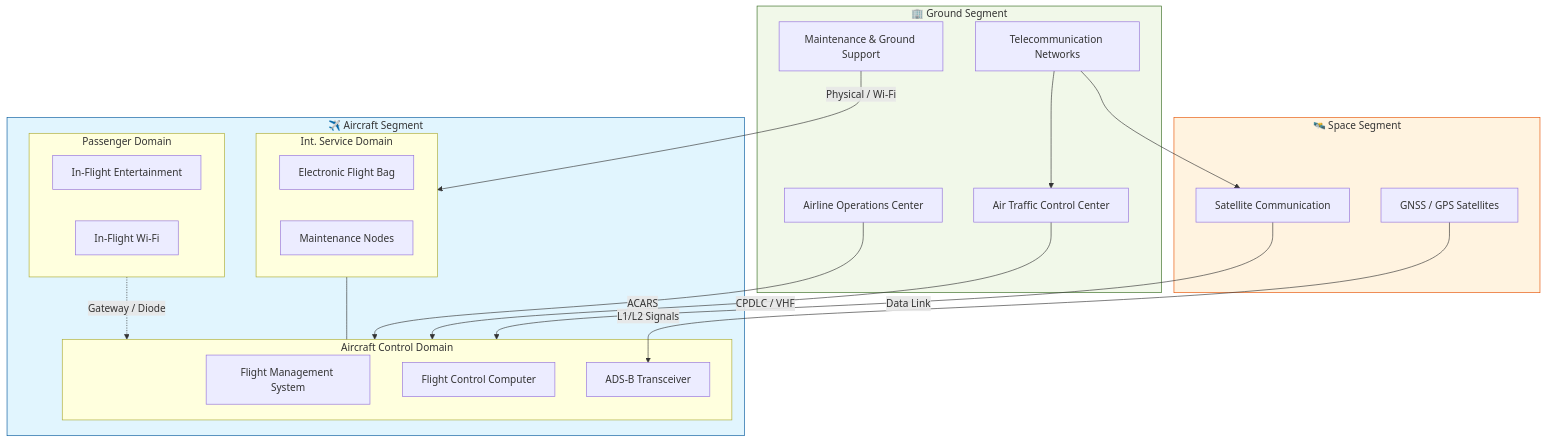
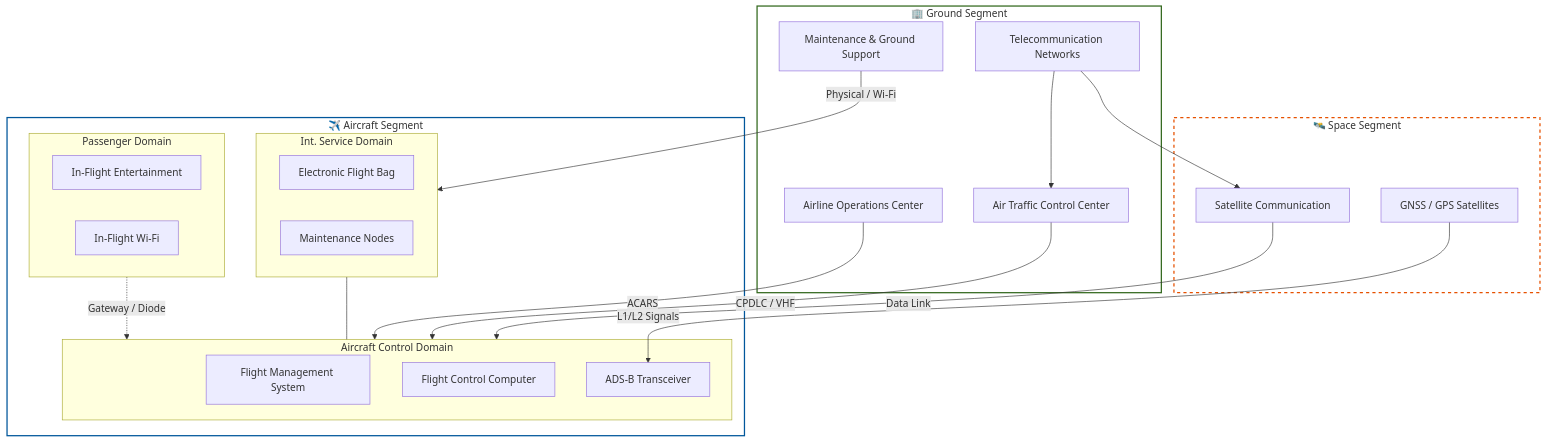
One commit to Faizan-Khanx/AeroSpaceHacking changed the third of 8 diagrams in README.md. Above: the diagram before and after it, drawn with Mermaid. The commit also changed other lines of this file, not shown here.

````diff
--- a/README.md
+++ b/README.md
@@ -461,44 +465,45 @@
 ```mermaid
 graph TD
     subgraph Space ["🛰️ Space Segment"]
         GPS[GNSS / GPS Satellites]
         SatCom[Satellite Communication]
     end
 
     subgraph Ground ["🏢 Ground Segment"]
         ATC[Air Traffic Control Center]
         AirlineOps[Airline Operations Center]
         GroundSupport[Maintenance & Ground Support]
         Telecon[Telecommunication Networks]
     end
 
     subgraph Aircraft ["✈️ Aircraft Segment"]
         subgraph ACD ["Aircraft Control Domain"]
             FMS[Flight Management System]
             FCC[Flight Control Computer]
             ADSB[ADS-B Transceiver]
         end
         subgraph AISD ["Int. Service Domain"]
             EFB[Electronic Flight Bag]
             MaintNodes[Maintenance Nodes]
         end
         subgraph PIED ["Passenger Domain"]
             IFE[In-Flight Entertainment]
             Wi-Fi[In-Flight Wi-Fi]
         end
     end
 
     GPS -->|L1/L2 Signals| ADSB
     SatCom -->|Data Link| ACD
     ATC -->|CPDLC / VHF| ACD
     AirlineOps -->|ACARS| ACD
     GroundSupport -->|Physical / Wi-Fi| AISD
     AISD --- ACD
     PIED -.->|Gateway / Diode| ACD
     Telecon --> SatCom
     Telecon --> ATC
     
-    style Aircraft fill:#e1f5fe,stroke:#01579b
-    style Ground fill:#f1f8e9,stroke:#33691e
-    style Space fill:#fff3e0,stroke:#e65100
+    %% Professional styling - No background colors
+    style Aircraft fill:none,stroke:#01579b,stroke-width:2px
+    style Ground fill:none,stroke:#33691e,stroke-width:2px
+    style Space fill:none,stroke:#e65100,stroke-width:2px,stroke-dasharray: 5 5
 ```
````
